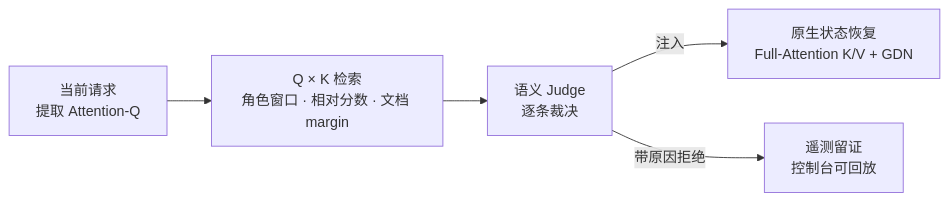
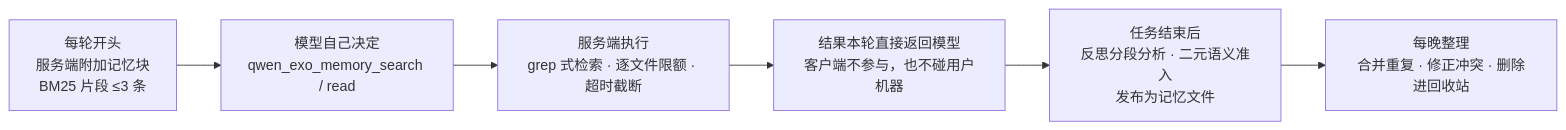
One commit to huoji120/QWEN-EXO-booster changed the diagram in README.md. Above: the diagram before and after it, drawn with Mermaid. The commit also changed other lines of this file and 1 other file, not shown here.

````diff
--- a/README.md
+++ b/README.md
@@ -39,7 +40,8 @@
 ```mermaid
 flowchart LR
-    A["当前请求<br/>提取 Attention-Q"] --> B["Q × K 检索<br/>角色窗口 · 相对分数 · 文档 margin"]
-    B --> C["语义 Judge<br/>逐条裁决"]
-    C -->|注入| D["原生状态恢复<br/>Full-Attention K/V + GDN"]
-    C -->|带原因拒绝| E["遥测留证<br/>控制台可回放"]
+    A["每轮开头<br/>服务端附加记忆块<br/>BM25 片段 ≤3 条"] --> B["模型自己决定<br/>qwen_exo_memory_search / read"]
+    B --> C["服务端执行<br/>grep 式检索 · 逐文件限额 · 超时截断"]
+    C --> D["结果本轮直接返回模型<br/>客户端不参与，也不碰用户机器"]
+    D --> E["任务结束后<br/>反思分段分析 · 二元语义准入<br/>发布为记忆文件"]
+    E --> F["每晚整理<br/>合并重复 · 修正冲突 · 删除进回收站"]
 ```
````
